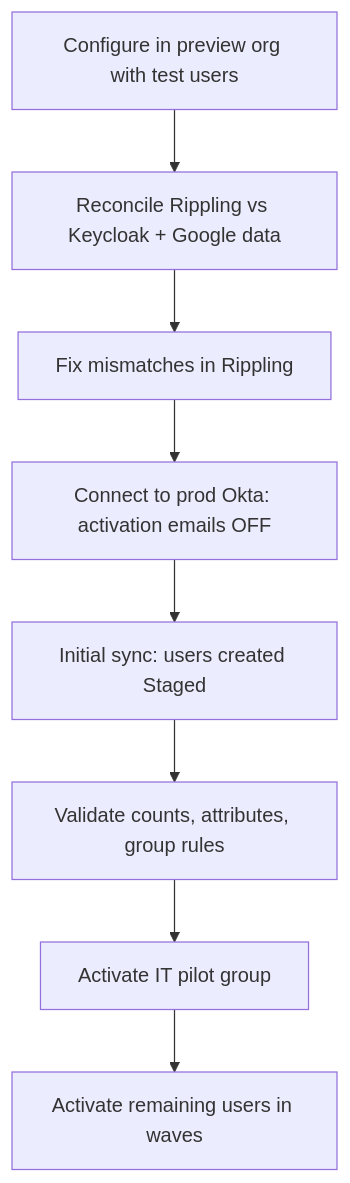
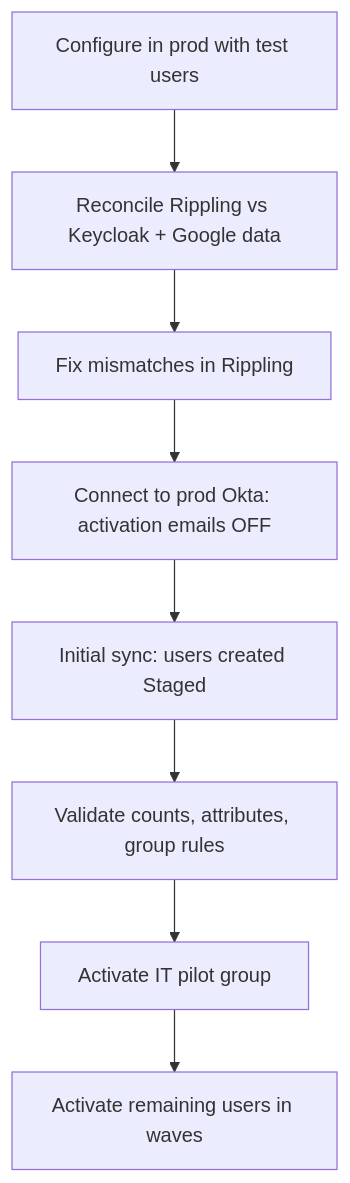
Before and after one commit to revoice1/BC-RV-Work-Trial: the second of 2 diagrams in 03-identity-sso-migration/docs/rippling-okta-integration.md, drawn with Mermaid. The commit also changed other lines of this file and 3 other files, not shown here.

````diff
--- a/03-identity-sso-migration/docs/rippling-okta-integration.md
+++ b/03-identity-sso-migration/docs/rippling-okta-integration.md
@@ -71,10 +71,10 @@
 ```mermaid
 flowchart TD
-    A[Configure in preview org with test users] --> B[Reconcile Rippling vs Keycloak + Google data]
+    A[Configure in prod with test users] --> B[Reconcile Rippling vs Keycloak + Google data]
     B --> C[Fix mismatches in Rippling]
     C --> D[Connect to prod Okta: activation emails OFF]
     D --> E[Initial sync: users created Staged]
     E --> F[Validate counts, attributes, group rules]
     F --> G[Activate IT pilot group]
     G --> H[Activate remaining users in waves]
 ```
````
